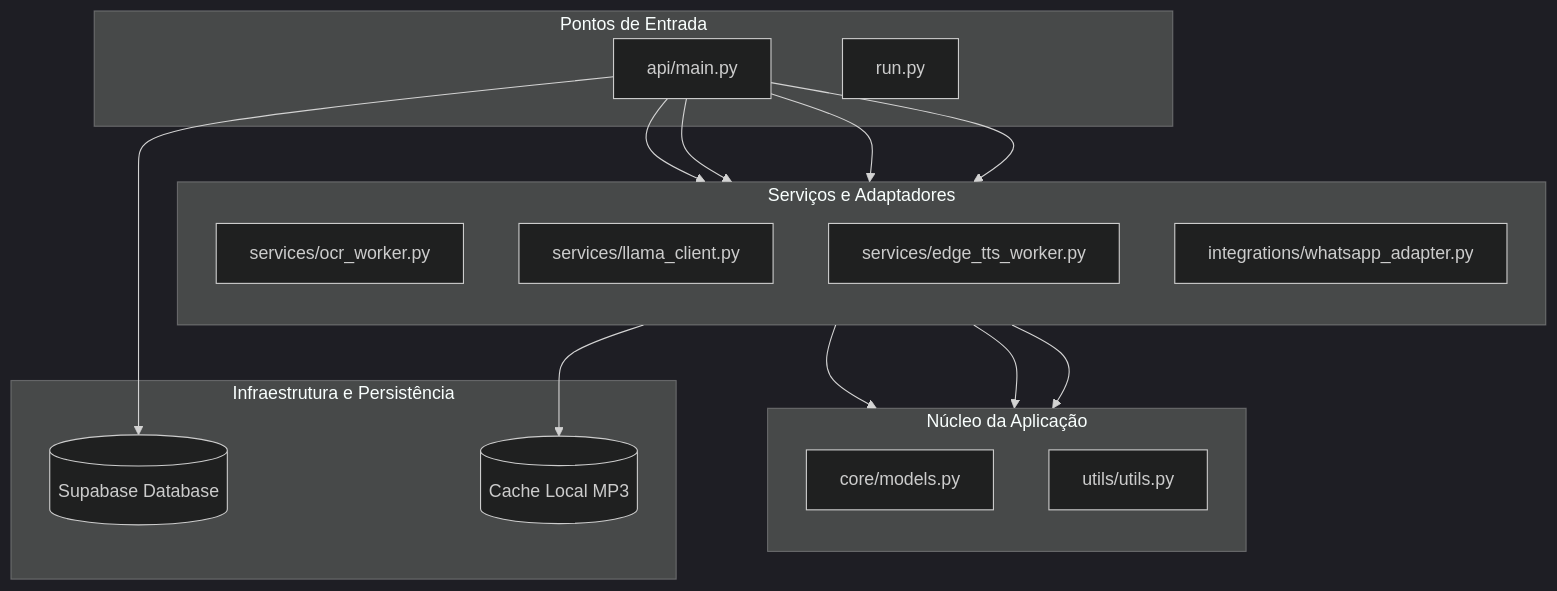
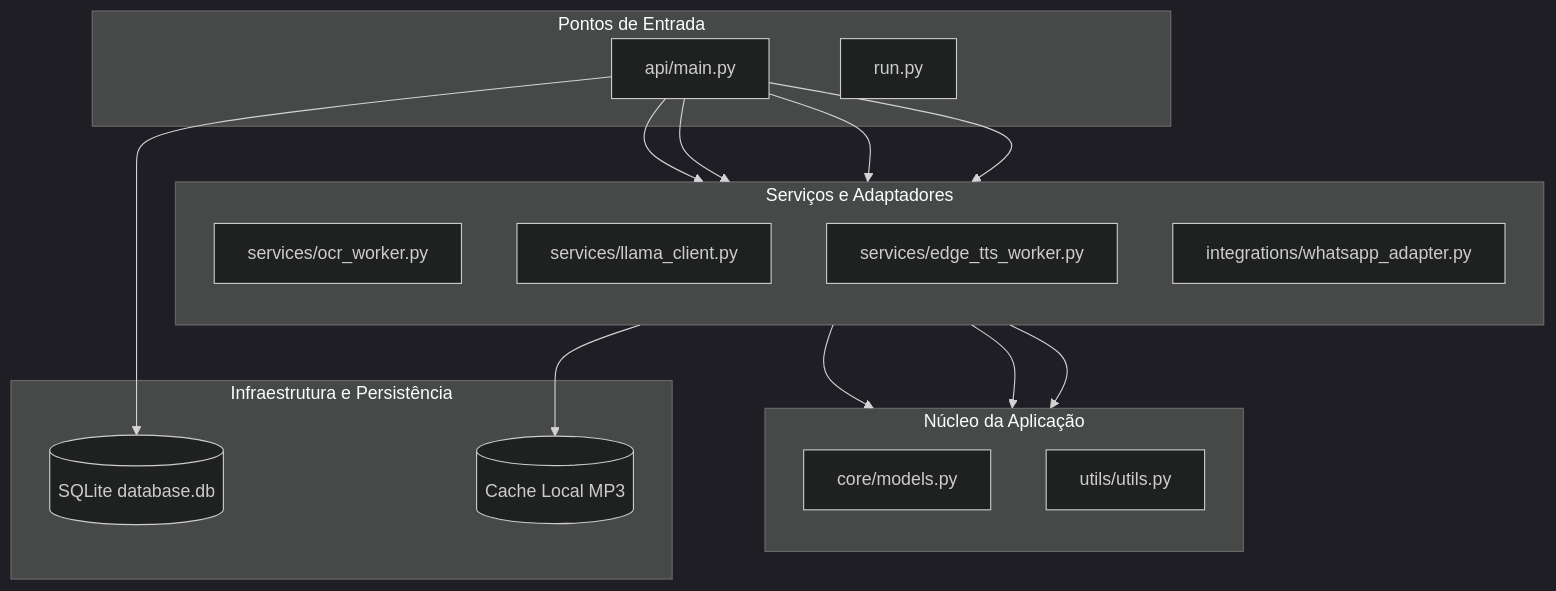
The first of 2 diagrams in docs/ANALISE_SISTEMA.md (gfugulin/ProjetoIADvogado), drawn with Mermaid (dark theme) before and after one commit. The commit also changed other lines of this file and 10 other files, not shown here.

````diff
--- a/docs/ANALISE_SISTEMA.md
+++ b/docs/ANALISE_SISTEMA.md
@@ -25,36 +25,36 @@
 ```mermaid
 graph TD
     subgraph Core [Núcleo da Aplicação]
         direction TB
         models[core/models.py]
         utils[utils/utils.py]
     end
 
     subgraph Adapters [Serviços e Adaptadores]
         direction TB
         ocr[services/ocr_worker.py]
         llama[services/llama_client.py]
         tts[services/edge_tts_worker.py]
         whatsapp[integrations/whatsapp_adapter.py]
     end
 
     subgraph Entry [Pontos de Entrada]
         api[api/main.py]
         run[run.py]
     end
 
     subgraph Infra [Infraestrutura e Persistência]
-        supabase[(Supabase Database)]
+        sqlite[(SQLite database.db)]
         local_cache[(Cache Local MP3)]
     end
 
     api --> ocr
     api --> llama
     api --> tts
     api --> whatsapp
     ocr --> Core
     llama --> Core
     tts --> local_cache
     whatsapp --> Core
-    api --> supabase
+    api --> sqlite
 ```
````
